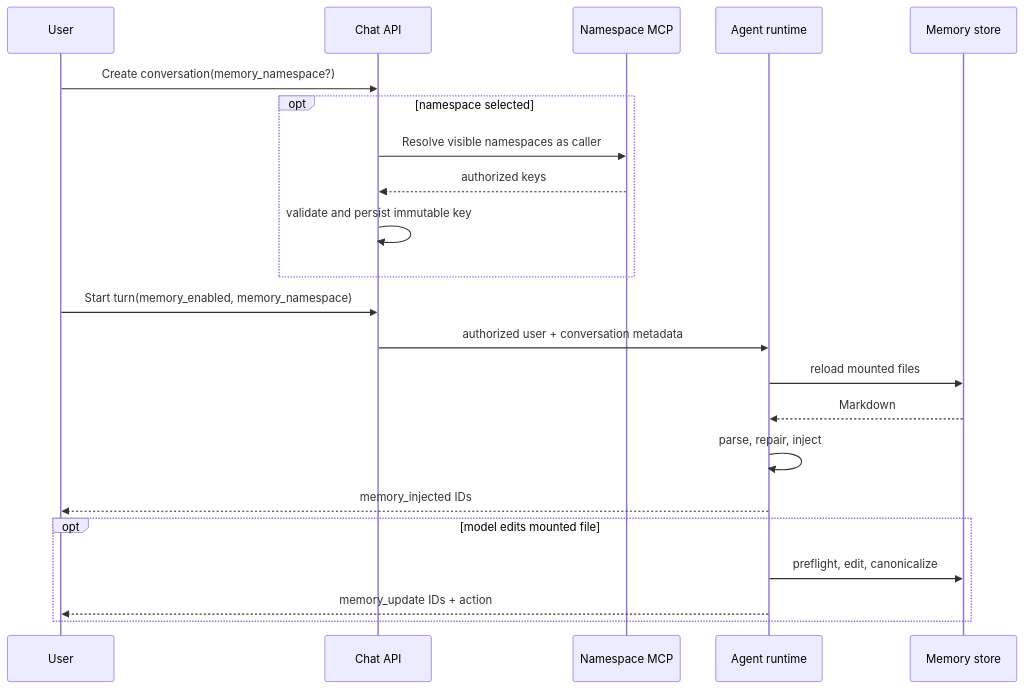
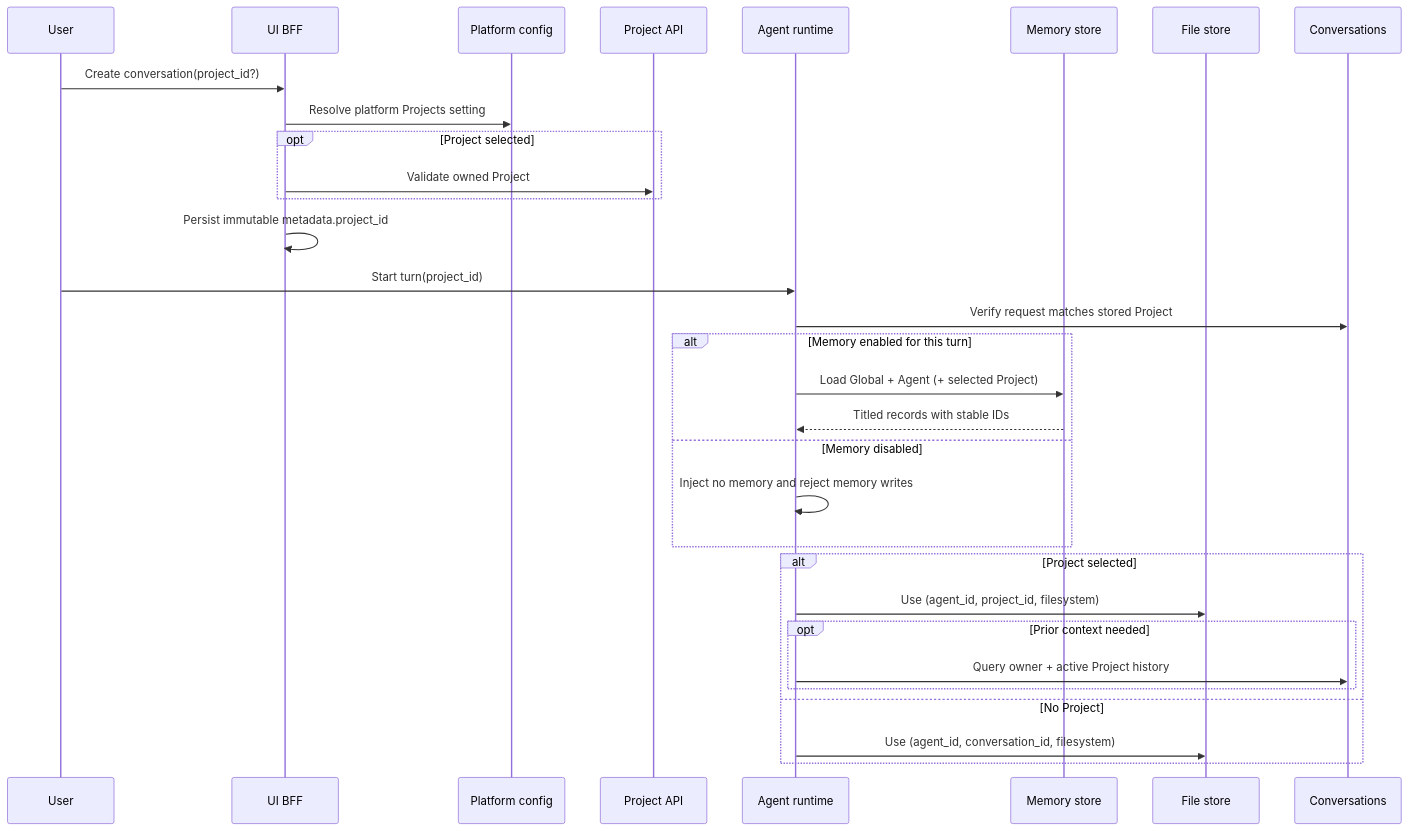
The second of 2 diagrams in docs/docs/architecture/user-memory-design.md (cnoe-io/ai-platform-engineering), drawn with Mermaid before and after one commit. The commit also changed other lines of this file and 80 other files, not shown here.

Commit message:
feat: project is easier to enable for broader platform and docs for mem

````diff
--- a/docs/docs/architecture/user-memory-design.md
+++ b/docs/docs/architecture/user-memory-design.md
@@ -86,25 +65,34 @@
 ```mermaid
 sequenceDiagram
   participant U as User
-  participant API as Chat API
-  participant MCP as Namespace MCP
+  participant B as UI BFF
+  participant C as Platform config
+  participant P as Project API
   participant R as Agent runtime
   participant M as Memory store
+  participant F as File store
+  participant H as Conversations
 
-  U->>API: Create conversation(memory_namespace?)
-  opt namespace selected
-    API->>MCP: Resolve visible namespaces as caller
-    MCP-->>API: authorized keys
-    API->>API: validate and persist immutable key
+  U->>B: Create conversation(project_id?)
+  B->>C: Resolve platform Projects setting
+  opt Project selected
+    B->>P: Validate owned Project
   end
-  U->>API: Start turn(memory_enabled, memory_namespace)
-  API->>R: authorized user + conversation metadata
-  R->>M: reload mounted files
-  M-->>R: Markdown
-  R->>R: parse, repair, inject
-  R-->>U: memory_injected IDs
-  opt model edits mounted file
-    R->>M: preflight, edit, canonicalize
-    R-->>U: memory_update IDs + action
+  B->>B: Persist immutable metadata.project_id
+  U->>R: Start turn(project_id)
+  R->>H: Verify request matches stored Project
+  alt Memory enabled for this turn
+    R->>M: Load Global + Agent (+ selected Project)
+    M-->>R: Titled records with stable IDs
+  else Memory disabled
+    R->>R: Inject no memory and reject memory writes
+  end
+  alt Project selected
+    R->>F: Use (agent_id, project_id, filesystem)
+    opt Prior context needed
+      R->>H: Query owner + active Project history
+    end
+  else No Project
+    R->>F: Use (agent_id, conversation_id, filesystem)
   end
 ```
````
